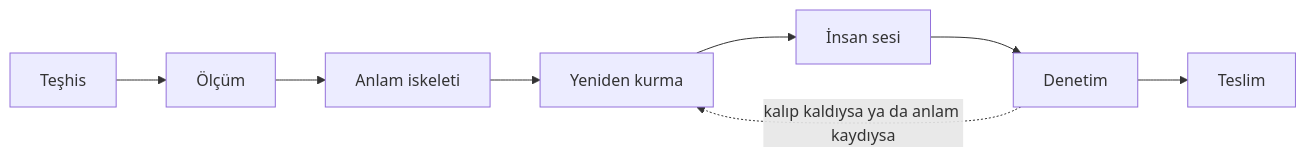
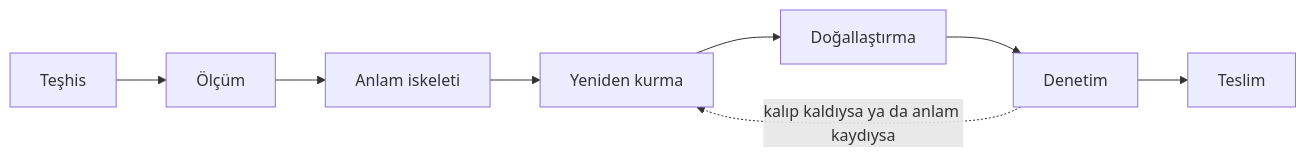
Before and after one commit to mustafakbaser/turkish-ai-humanizer: the diagram in README.md, drawn with Mermaid. The commit also changed other lines of this file and 10 other files, not shown here.

````diff
--- a/README.md
+++ b/README.md
@@ -126,10 +126,10 @@
 ```mermaid
 flowchart LR
     A[Teşhis] --> B[Ölçüm]
     B --> C[Anlam iskeleti]
     C --> D[Yeniden kurma]
-    D --> E[İnsan sesi]
+    D --> E[Doğallaştırma]
     E --> F[Denetim]
     F --> G[Teslim]
     F -. kalıp kaldıysa ya da anlam kaydıysa .-> D
 ```
````
